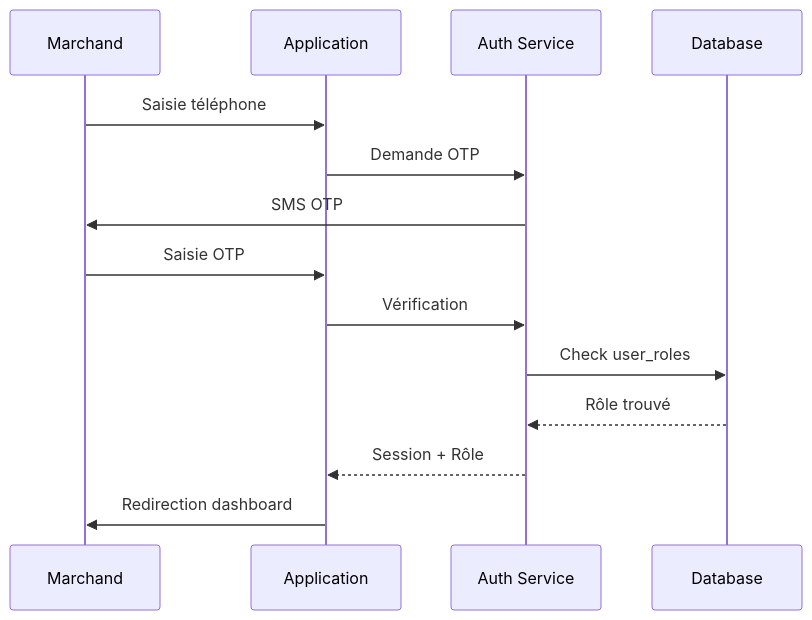
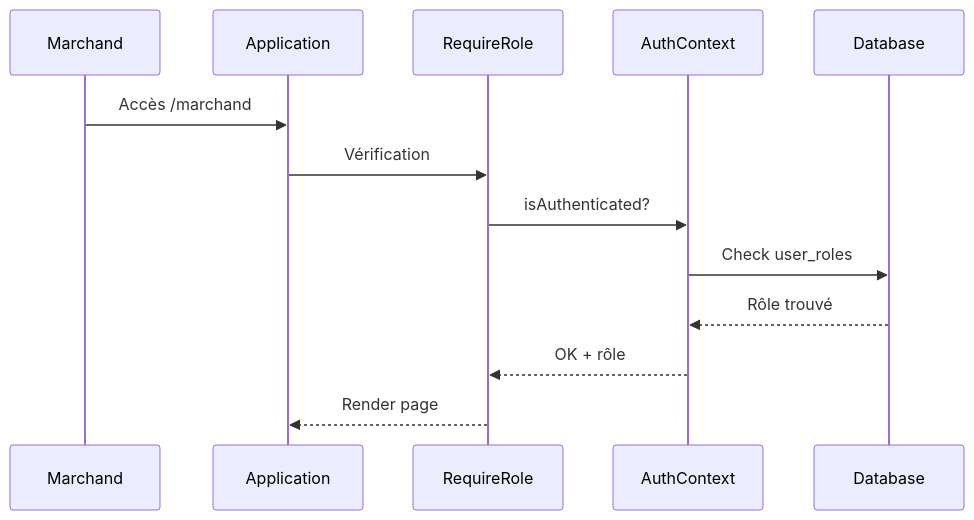
One commit to SOMET1010/igp-ifn-connect changed the fifth of 7 diagrams in docs/ARCHITECTURE.md. Above: the diagram before and after it, drawn with Mermaid. The commit also changed other lines of this file and 26 other files, not shown here.

````diff
--- a/docs/ARCHITECTURE.md
+++ b/docs/ARCHITECTURE.md
@@ -188,17 +253,16 @@
 ```mermaid
 sequenceDiagram
     participant M as Marchand
     participant App as Application
-    participant Auth as Auth Service
+    participant Guard as RequireRole
+    participant Auth as AuthContext
     participant DB as Database
     
-    M->>App: Saisie téléphone
-    App->>Auth: Demande OTP
-    Auth->>M: SMS OTP
-    M->>App: Saisie OTP
-    App->>Auth: Vérification
+    M->>App: Accès /marchand
+    App->>Guard: Vérification
+    Guard->>Auth: isAuthenticated?
     Auth->>DB: Check user_roles
     DB-->>Auth: Rôle trouvé
-    Auth-->>App: Session + Rôle
-    App->>M: Redirection dashboard
+    Auth-->>Guard: OK + rôle
+    Guard-->>App: Render page
 ```
````
